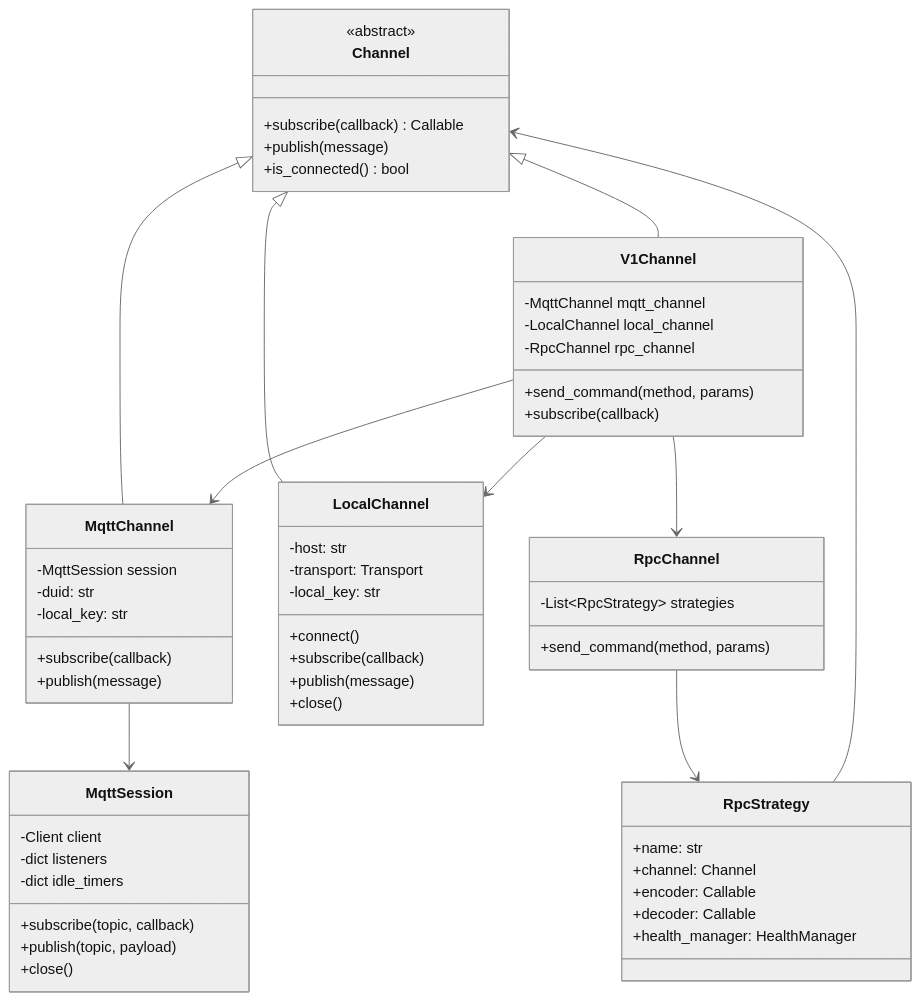
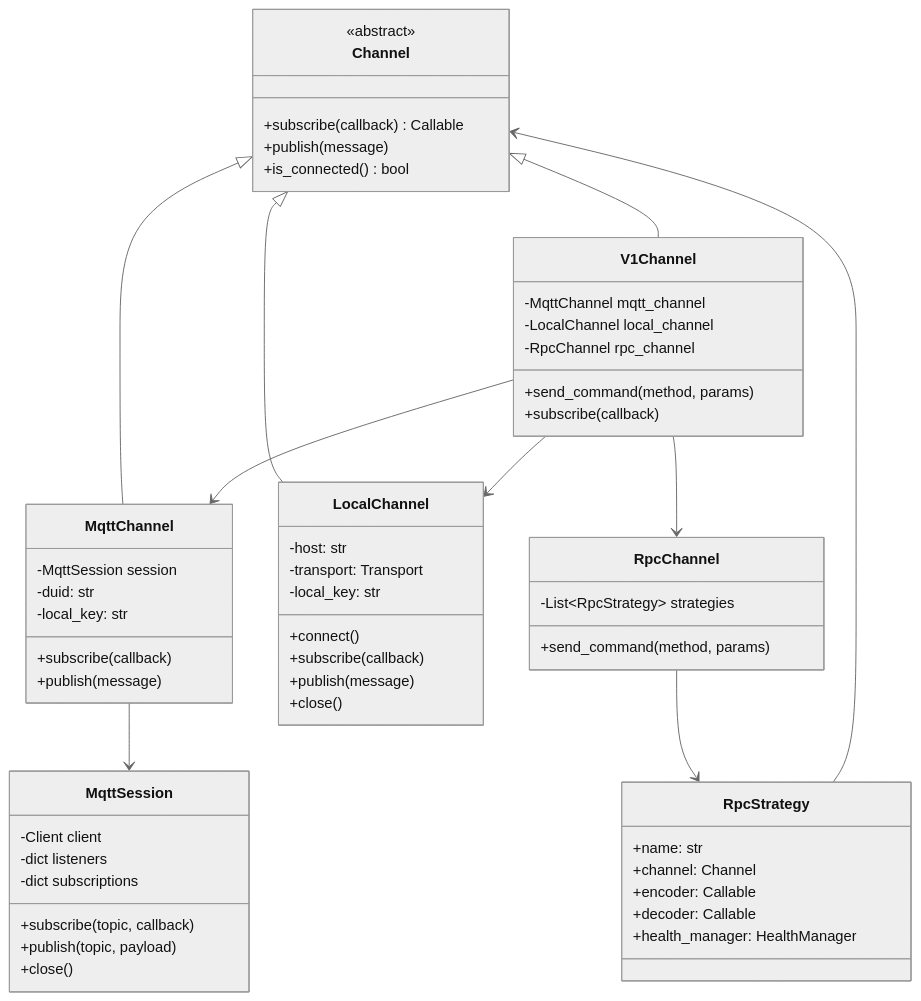
Before and after one commit to Python-roborock/python-roborock: the fifth of 6 diagrams in docs/DEVICES.md, drawn with Mermaid (neutral theme). The commit also changed other lines of this file and 20 other files, not shown here.

````diff
--- a/docs/DEVICES.md
+++ b/docs/DEVICES.md
@@ -368,67 +368,67 @@
 ```mermaid
 classDiagram
     class Channel {
         <<abstract>>
         +subscribe(callback) Callable
         +publish(message)
         +is_connected() bool
     }
 
     class MqttChannel {
         -MqttSession session
         -duid: str
         -local_key: str
         +subscribe(callback)
         +publish(message)
     }
 
     class LocalChannel {
         -host: str
         -transport: Transport
         -local_key: str
         +connect()
         +subscribe(callback)
         +publish(message)
         +close()
     }
 
     class V1Channel {
         -MqttChannel mqtt_channel
         -LocalChannel local_channel
         -RpcChannel rpc_channel
         +send_command(method, params)
         +subscribe(callback)
     }
 
     class RpcChannel {
         -List~RpcStrategy~ strategies
         +send_command(method, params)
     }
 
     class RpcStrategy {
         +name: str
         +channel: Channel
         +encoder: Callable
         +decoder: Callable
         +health_manager: HealthManager
     }
 
     class MqttSession {
         -Client client
         -dict listeners
-        -dict idle_timers
+        -dict subscriptions
         +subscribe(topic, callback)
         +publish(topic, payload)
         +close()
     }
 
     Channel <|-- MqttChannel
     Channel <|-- LocalChannel
     Channel <|-- V1Channel
     MqttChannel --> MqttSession
     V1Channel --> MqttChannel
     V1Channel --> LocalChannel
     V1Channel --> RpcChannel
     RpcChannel --> RpcStrategy
     RpcStrategy --> Channel
 ```
````
